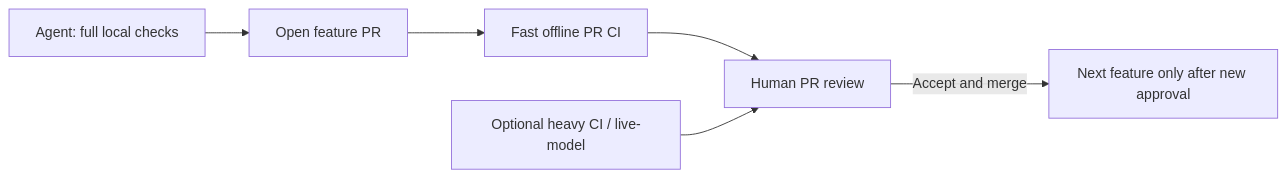
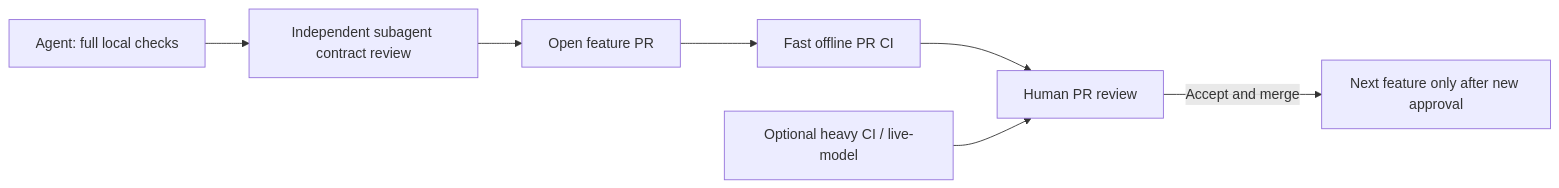
The diagram in docs/qualification/ci-and-manual-tests.md (aradenac/utest-machinery), drawn with Mermaid before and after one commit. The commit also changed other lines of this file, not shown here.

Commit message:
docs(quality): show isolated contract review before opening feature PR

````diff
--- a/docs/qualification/ci-and-manual-tests.md
+++ b/docs/qualification/ci-and-manual-tests.md
@@ -5,8 +5,9 @@
 ```mermaid
 flowchart LR
-  L["Agent: full local checks"] --> P["Open feature PR"]
+  L["Agent: full local checks"] --> V["Independent subagent contract review"]
+  V --> P["Open feature PR"]
   P --> C["Fast offline PR CI"]
   C --> R["Human PR review"]
   H["Optional heavy CI / live-model"] --> R
   R -->|Accept and merge| N["Next feature only after new approval"]
 ```
````
